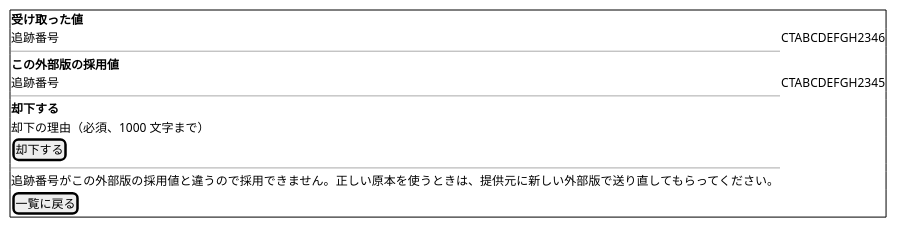
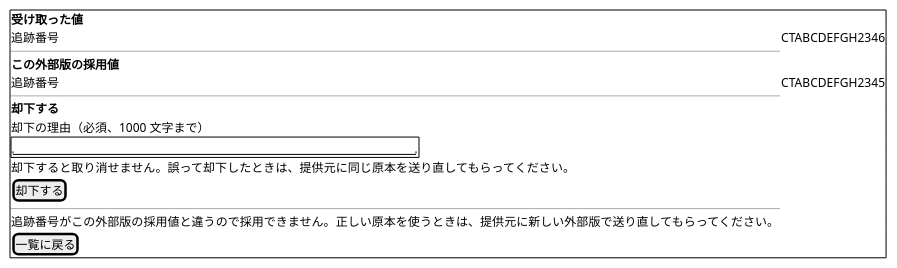
One commit to k2works/practical-domain-driven-design-in-enterpris-application changed the third of 4 diagrams in docs/development/cargo-tracker/bolt_39d3b2_plan.md. Above: the diagram before and after it, drawn with PlantUML. The commit also changed other lines of this file and 2 other files, not shown here.

````diff
--- a/docs/development/cargo-tracker/bolt_39d3b2_plan.md
+++ b/docs/development/cargo-tracker/bolt_39d3b2_plan.md
@@ -336,18 +341,20 @@
 ```plantuml
 @startsalt
 {+
   <b>受け取った値
   追跡番号 | CTABCDEFGH2346
   --
   <b>この外部版の採用値
   追跡番号 | CTABCDEFGH2345
   --
   <b>却下する
   却下の理由（必須、1000 文字まで）
+  {+ "                                                  " }
+  却下すると取り消せません。誤って却下したときは、提供元に同じ原本を送り直してもらってください。
   [ 却下する ]
   --
   追跡番号がこの外部版の採用値と違うので採用できません。正しい原本を使うときは、提供元に新しい外部版で送り直してもらってください。
   [ 一覧に戻る ]
 }
 @endsalt
 ```
````
